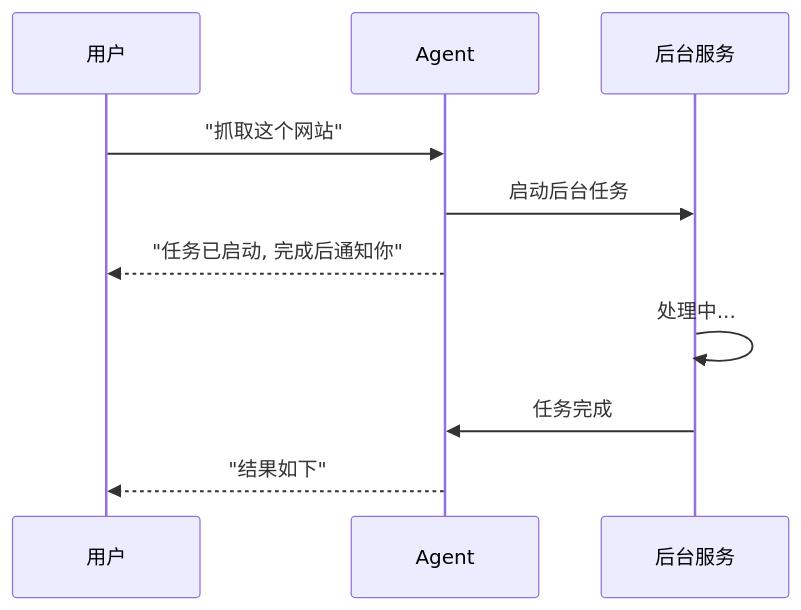
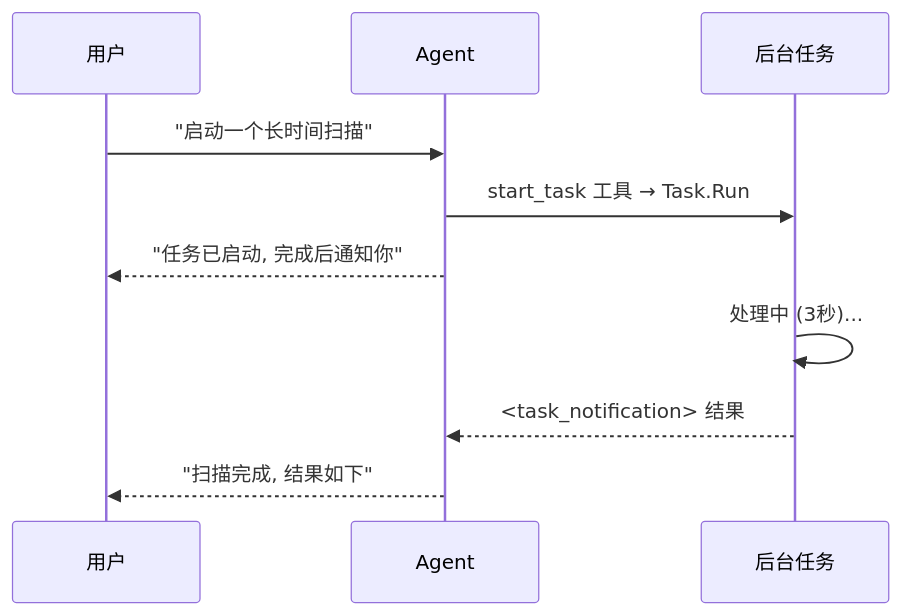
The diagram in docs/zh/s14-background-tasks.md (yanziyang/learn-Microsoft-Agent-Framework), drawn with Mermaid before and after one commit. The commit also changed other lines of this file and 97 other files, not shown here.

````diff
--- a/docs/zh/s14-background-tasks.md
+++ b/docs/zh/s14-background-tasks.md
@@ -15,13 +15,13 @@
 ```mermaid
 sequenceDiagram
     participant U as 用户
     participant A as Agent
-    participant B as 后台服务
+    participant T as 后台任务
 
-    U->>A: "抓取这个网站"
-    A->>B: 启动后台任务
+    U->>A: "启动一个长时间扫描"
+    A->>T: start_task 工具 → Task.Run
     A-->>U: "任务已启动, 完成后通知你"
-    B->>B: 处理中...
-    B->>A: 任务完成
-    A-->>U: "结果如下"
+    T->>T: 处理中 (3秒)...
+    T-->>A: <task_notification> 结果
+    A-->>U: "扫描完成, 结果如下"
 ```
````
